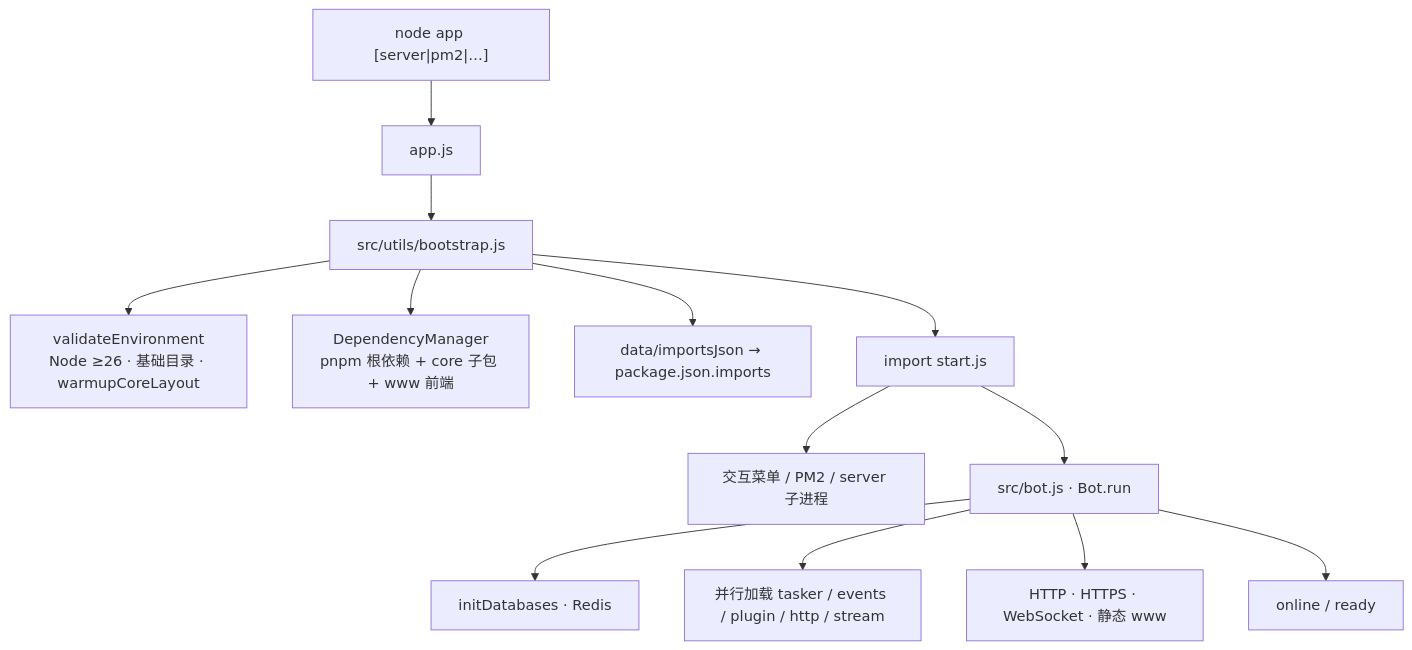
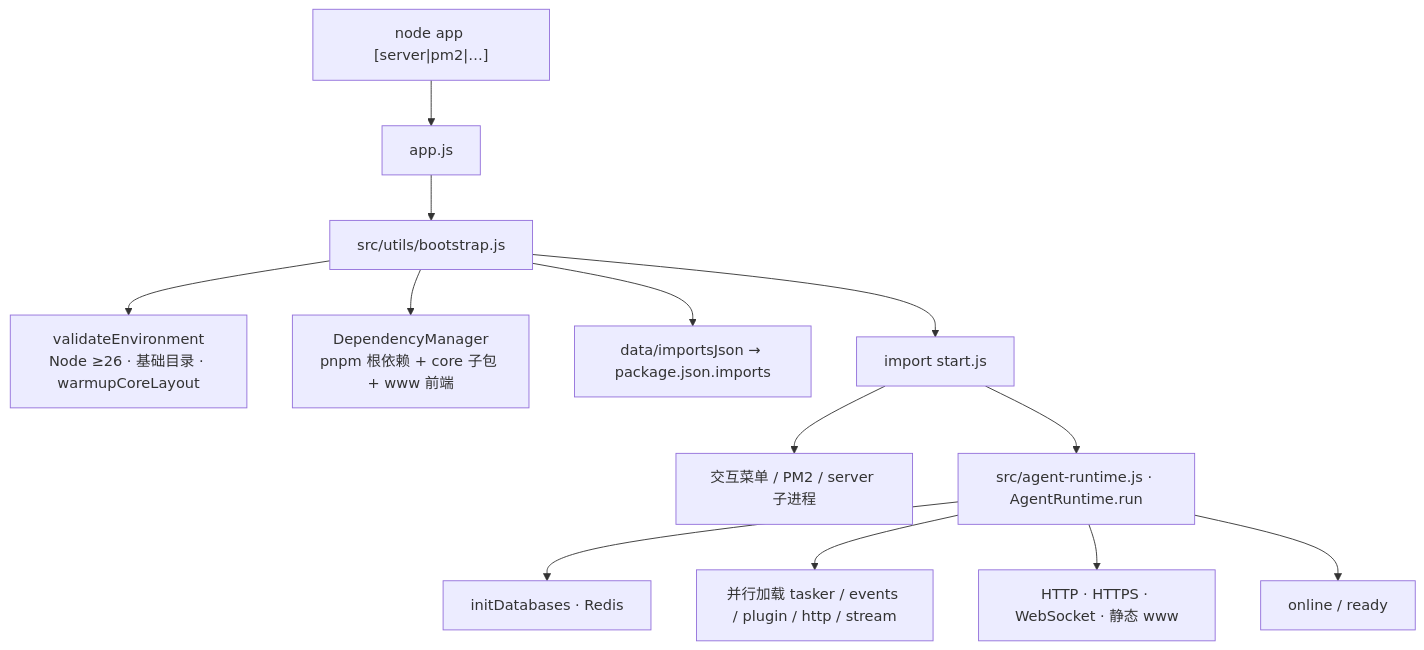
Before and after one commit to sunflowermm/XRK-AGT: the diagram in docs/startup.md, drawn with Mermaid. The commit also changed other lines of this file and 315 other files, not shown here.

````diff
--- a/docs/startup.md
+++ b/docs/startup.md
@@ -11,15 +11,15 @@
 ```mermaid
 flowchart TD
   CLI["node app [server|pm2|…]"] --> App["app.js"]
   App --> Boot["src/utils/bootstrap.js"]
   Boot --> Env["validateEnvironment<br/>Node ≥26 · 基础目录 · warmupCoreLayout"]
   Boot --> Deps["DependencyManager<br/>pnpm 根依赖 + core 子包 + www 前端"]
   Boot --> Imp["data/importsJson → package.json.imports"]
   Boot --> Start["import start.js"]
   Start --> Menu["交互菜单 / PM2 / server 子进程"]
-  Start --> Bot["src/bot.js · Bot.run"]
-  Bot --> DB["initDatabases · Redis"]
-  Bot --> Load["并行加载 tasker / events / plugin / http / stream"]
-  Bot --> Srv["HTTP · HTTPS · WebSocket · 静态 www"]
-  Bot --> Online["online / ready"]
+  Start --> AgentRuntime["src/agent-runtime.js · AgentRuntime.run"]
+  AgentRuntime --> DB["initDatabases · Redis"]
+  AgentRuntime --> Load["并行加载 tasker / events / plugin / http / stream"]
+  AgentRuntime --> Srv["HTTP · HTTPS · WebSocket · 静态 www"]
+  AgentRuntime --> Online["online / ready"]
 ```
````
